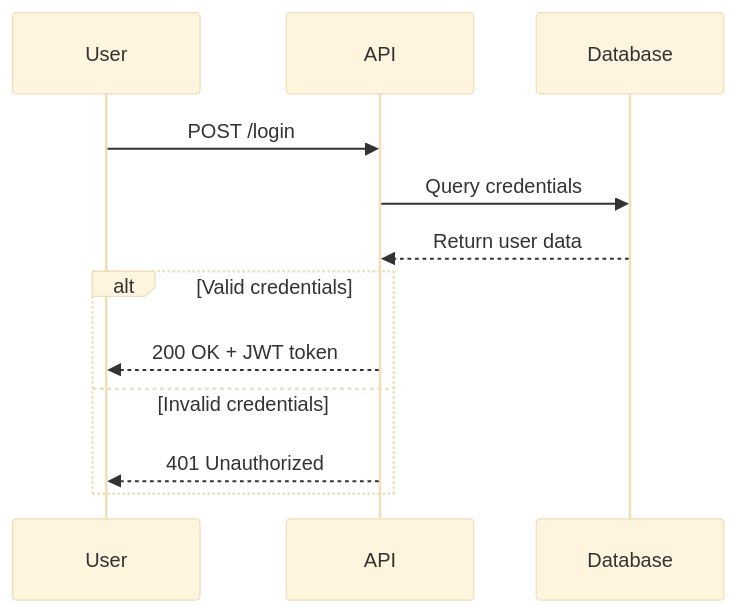
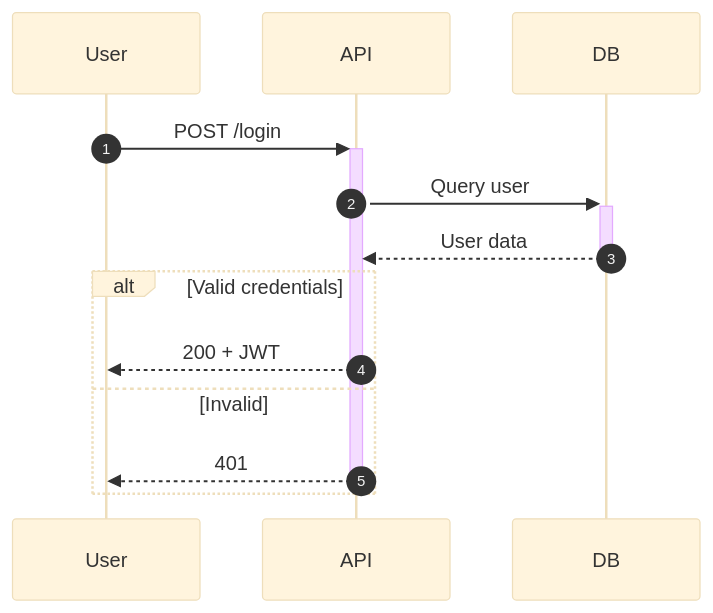
One commit to pascalandy/dotfiles changed the third of 9 diagrams in dot_config/ai_templates/skills/utils/mermaid/SKILL.md. Above: the diagram before and after it, drawn with Mermaid (base theme). The commit also changed other lines of this file and 3 other files, not shown here.

First line of the commit message:
♻️ refactor: mermaid skill with consolidated content

````diff
--- a/dot_config/ai_templates/skills/utils/mermaid/SKILL.md
+++ b/dot_config/ai_templates/skills/utils/mermaid/SKILL.md
@@ -85,15 +88,16 @@
 ```mermaid
 sequenceDiagram
+    autonumber
     participant User
     participant API
-    participant Database
+    participant DB
 
-    User->>API: POST /login
-    API->>Database: Query credentials
-    Database-->>API: Return user data
+    User->>+API: POST /login
+    API->>+DB: Query user
+    DB-->>-API: User data
     alt Valid credentials
-        API-->>User: 200 OK + JWT token
-    else Invalid credentials
-        API-->>User: 401 Unauthorized
+        API-->>User: 200 + JWT
+    else Invalid
+        API-->>-User: 401
     end
 ```
````
